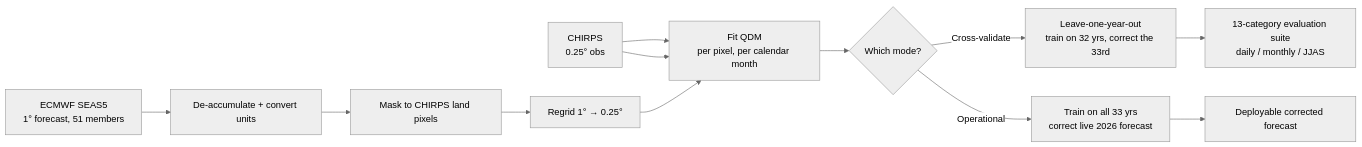
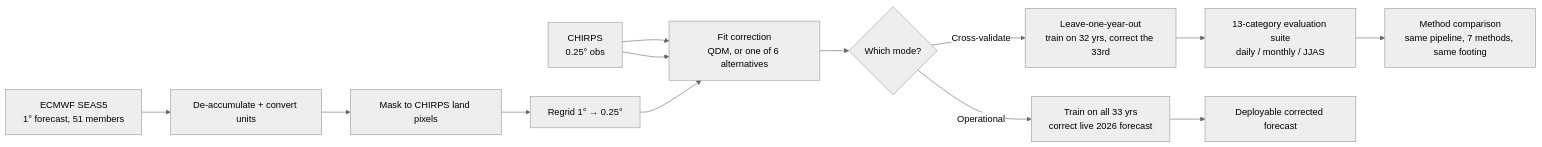
Before and after one commit to YonSci/sbc-qdm: the diagram in README.md, drawn with Mermaid (neutral theme). The commit also changed other lines of this file, not shown here.

````diff
--- a/README.md
+++ b/README.md
@@ -83,14 +97,15 @@
 ```mermaid
 flowchart LR
     A[CHIRPS\n0.25° obs] --> C
     B[ECMWF SEAS5\n1° forecast, 51 members] --> D1[De-accumulate + convert units]
     D1 --> D2[Mask to CHIRPS land pixels]
     D2 --> D3[Regrid 1° → 0.25°]
-    D3 --> C[Fit QDM\nper pixel, per calendar month]
+    D3 --> C[Fit correction\nQDM, or one of 6 alternatives]
     A --> C
     C --> E{Which mode?}
     E -->|Cross-validate| F[Leave-one-year-out\ntrain on 32 yrs, correct the 33rd]
     E -->|Operational| G[Train on all 33 yrs\ncorrect live 2026 forecast]
     F --> H[13-category evaluation suite\ndaily / monthly / JJAS]
+    H --> J[Method comparison\nsame pipeline, 7 methods, same footing]
     G --> I[Deployable corrected forecast]
 ```
````
